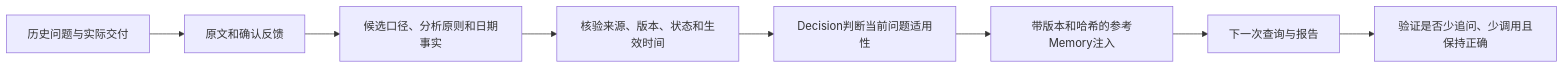
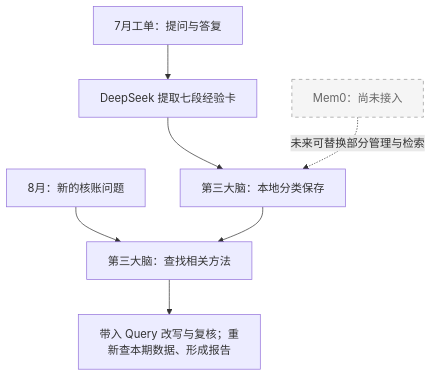
Before and after one commit to foxbitcoo/third-brain: the second of 2 diagrams in README.md, drawn with Mermaid. The commit also changed other lines of this file and 8 other files, not shown here.

````diff
--- a/README.md
+++ b/README.md
@@ -71,10 +79,11 @@
 ```mermaid
-flowchart LR
-    A[历史问题与实际交付] --> B[原文和确认反馈]
-    B --> C[候选口径、分析原则和日期事实]
-    C --> D[核验来源、版本、状态和生效时间]
-    D --> E[Decision判断当前问题适用性]
-    E --> F[带版本和哈希的参考Memory注入]
-    F --> G[下一次查询与报告]
-    G --> H[验证是否少追问、少调用且保持正确]
+flowchart TB
+    A[7月工单：提问与答复] --> B[DeepSeek 提取七段经验卡]
+    B --> C[第三大脑：本地分类保存]
+    D[8月：新的核账问题] --> E[第三大脑：查找相关方法]
+    C --> E
+    E --> F[带入 Query 改写与复核；重新查本期数据、形成报告]
+    M[Mem0：尚未接入] -.未来可替换部分管理与检索.-> C
+    classDef optional fill:#f5f5f5,stroke:#999,stroke-dasharray:5 5,color:#666
+    class M optional
 ```
````
